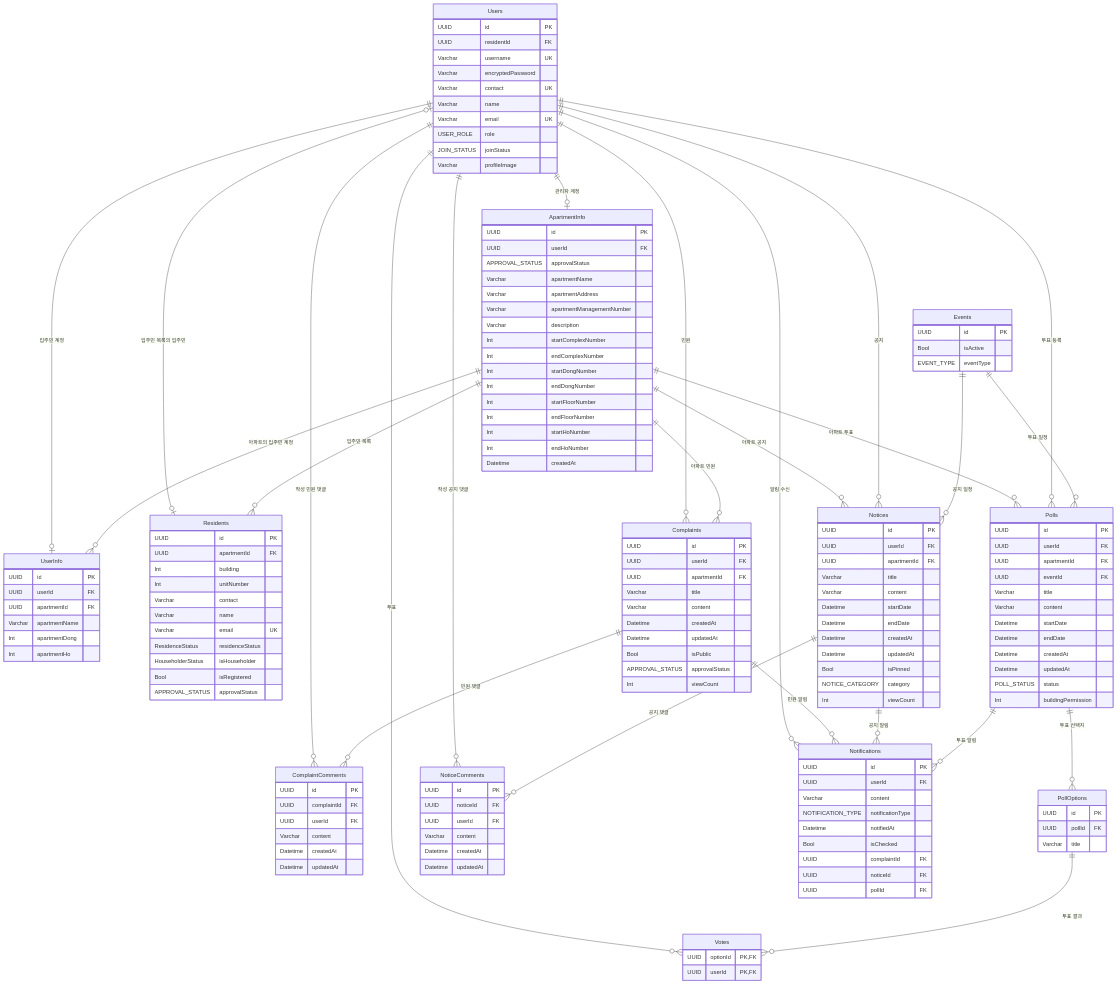
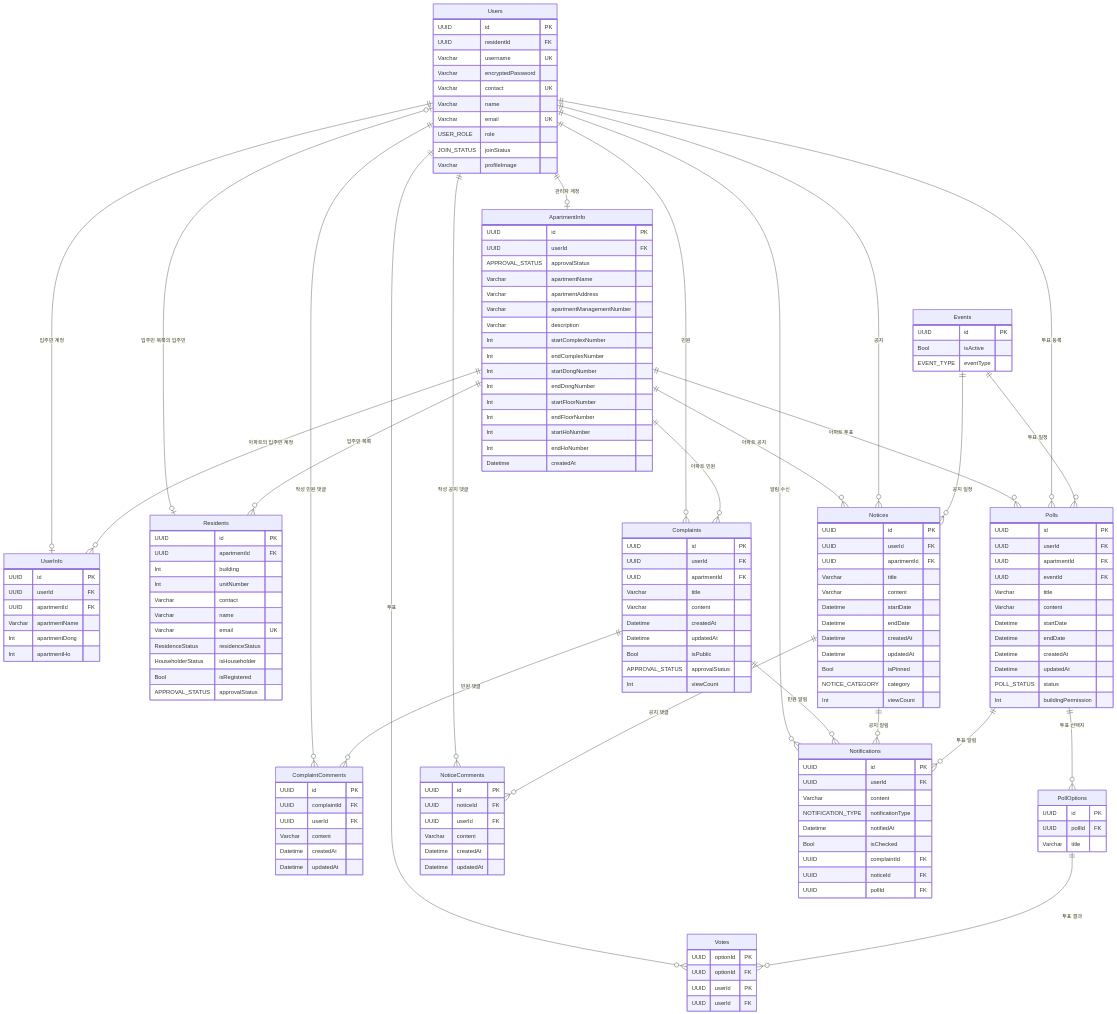
One commit to nb01-welive-team2/nb01-welive-team2 changed the diagram in erd.v1.md. Above: the diagram before and after it, drawn with Mermaid. The commit also changed 2 other files, not shown here.

Commit message:
docs:리드미 작성

````diff
--- a/erd.v1.md
+++ b/erd.v1.md
@@ -1,167 +1,171 @@
 ```mermaid
 erDiagram
+%% 테이블 및 컬럼 정의 (PK, FK, UK 표기)
 Users {
-  UUID id PK
-  UUID residentId FK
-  Varchar username UK
-  Varchar encryptedPassword
-  Varchar contact UK
-  Varchar name
-  Varchar email UK
-  USER_ROLE role
-  JOIN_STATUS joinStatus
-  Varchar profileImage
+UUID id PK
+UUID residentId FK
+Varchar username UK
+Varchar encryptedPassword
+Varchar contact UK
+Varchar name
+Varchar email UK
+USER_ROLE role
+JOIN_STATUS joinStatus
+Varchar profileImage
 }
 %% USER_ROLE : SUPER_ADMIN, ADMIN, USER
 %% JOIN_STATUS : APPROVED, REJECTED, PENDING
-%% nullable : profileImage
+%% profileImage nullable
 
 ApartmentInfo {
-  UUID id PK
-  UUID userId FK
-  APPROVAL_STATUS approvalStatus
-  Varchar apartmentName
-  Varchar apartmentAddress
-  Varchar apartmentManagementNumber
-  Varchar description
-  Int startComplexNumber
-  Int endComplexNumber
-  Int startDongNumber
-  Int endDongNumber
-  Int startFloorNumber
-  Int endFloorNumber
-  Int startHoNumber
-  Int endHoNumber
-  Datetime createdAt
+UUID id PK
+UUID userId FK
+APPROVAL_STATUS approvalStatus
+Varchar apartmentName
+Varchar apartmentAddress
+Varchar apartmentManagementNumber
+Varchar description
+Int startComplexNumber
+Int endComplexNumber
+Int startDongNumber
+Int endDongNumber
+Int startFloorNumber
+Int endFloorNumber
+Int startHoNumber
+Int endHoNumber
+Datetime createdAt
 }
 %% APPROVAL_STATUS : UNRECEIVED, PENDING, APPROVED
 
 UserInfo {
-  UUID id PK
-  UUID userId FK
-  UUID apartmentId FK
-  Varchar apartmentName
-  Int apartmentDong
-  Int apartmentHo
+UUID id PK
+UUID userId FK
+UUID apartmentId FK
+Varchar apartmentName
+Int apartmentDong
+Int apartmentHo
 }
 
 Residents {
-  UUID id PK
-  UUID apartmentId FK
-  Int building
-  Int unitNumber
-  Varchar contact
-  Varchar name
-  Varchar email UK
-  ResidenceStatus residenceStatus
-  HouseholderStatus isHouseholder
-  Bool  isRegistered
-  APPROVAL_STATUS approvalStatus
+UUID id PK
+UUID apartmentId FK
+Int building
+Int unitNumber
+Varchar contact
+Varchar name
+Varchar email UK
+ResidenceStatus residenceStatus
+HouseholderStatus isHouseholder
+Bool isRegistered
+APPROVAL_STATUS approvalStatus
 }
 %% ResidenceStatus : RESIDENCE, NO_RESIDENCE
 %% HouseholderStatus : HOUSEHOLDER, MEMBER
 
 Complaints {
-  UUID id PK
-  UUID userId FK
-  UUID apartmentId FK
-  Varchar title
-  Varchar content
-  Datetime createdAt
-  Datetime updatedAt
-  Bool isPublic
-  APPROVAL_STATUS approvalStatus
-  Int viewCount
+UUID id PK
+UUID userId FK
+UUID apartmentId FK
+Varchar title
+Varchar content
+Datetime createdAt
+Datetime updatedAt
+Bool isPublic
+APPROVAL_STATUS approvalStatus
+Int viewCount
 }
 %% viewCount @default(0)
 
 ComplaintComments {
-  UUID id PK
-  UUID complaintId FK
-  UUID userId FK
-  Varchar content
-  Datetime createdAt
-  Datetime updatedAt
+UUID id PK
+UUID complaintId FK
+UUID userId FK
+Varchar content
+Datetime createdAt
+Datetime updatedAt
 }
 
 Events {
-  UUID id PK
-  Bool isActive
-  EVENT_TYPE eventType
+UUID id PK
+Bool isActive
+EVENT_TYPE eventType
 }
 %% isActive @default(false)
 %% EVENT_TYPE : NOTICE, POLL
 
 Polls {
-  UUID id PK
-  UUID userId FK
-  UUID apartmentId FK
-  UUID eventId FK
-  Varchar title
-  Varchar content
-  Datetime startDate
-  Datetime endDate
-  Datetime createdAt
-  Datetime updatedAt
-  POLL_STATUS status
-  Int buildingPermission
+UUID id PK
+UUID userId FK
+UUID apartmentId FK
+UUID eventId FK
+Varchar title
+Varchar content
+Datetime startDate
+Datetime endDate
+Datetime createdAt
+Datetime updatedAt
+POLL_STATUS status
+Int buildingPermission
 }
 %% POLL_STATUS : PENDING, IN_PROGRESS, CLOSED
 %% buildingPermission 0이면 전체, 그 이외에는 특정 '동' 하나 선택
 
 PollOptions {
-  UUID id PK
-  UUID pollId FK
-  Varchar title
+UUID id PK
+UUID pollId FK
+Varchar title
 }
 
 Votes {
-  UUID optionId PK, FK
-  UUID userId PK, FK
+  UUID optionId PK
+  UUID optionId FK
+  UUID userId PK
+  UUID userId FK
 }
 
 Notices {
-  UUID id PK
-  UUID userId FK
-  UUID apartmentId FK
-  Varchar title
-  Varchar content
-  Datetime startDate
-  Datetime endDate
-  Datetime createdAt
-  Datetime updatedAt
-  Bool isPinned
-  NOTICE_CATEGORY category
-  Int viewCount
+UUID id PK
+UUID userId FK
+UUID apartmentId FK
+Varchar title
+Varchar content
+Datetime startDate
+Datetime endDate
+Datetime createdAt
+Datetime updatedAt
+Bool isPinned
+NOTICE_CATEGORY category
+Int viewCount
 }
 %% NOTICE_CATEGORY : MAINTENANCE, EMERGENCY, COMMUNITY, RESIDENT_VOTE, ETC
 %% viewCount @default(0)
 
 NoticeComments {
-  UUID id PK
-  UUID noticeId FK
-  UUID userId FK
-  Varchar content
-  Datetime createdAt
-  Datetime updatedAt
+UUID id PK
+UUID noticeId FK
+UUID userId FK
+Varchar content
+Datetime createdAt
+Datetime updatedAt
 }
 
 Notifications {
-  UUID id PK
-  UUID userId FK
-  Varchar content
-  NOTIFICATION_TYPE notificationType
-  Datetime notifiedAt
-  Bool isChecked
-  UUID complaintId FK
-  UUID noticeId FK
-  UUID pollId FK
+UUID id PK
+UUID userId FK
+Varchar content
+NOTIFICATION_TYPE notificationType
+Datetime notifiedAt
+Bool isChecked
+UUID complaintId FK
+UUID noticeId FK
+UUID pollId FK
 }
 %% NOTIFICATION_TYPE : COMPLAINT_RESOLVED, 민원 등록, 공지 등록, 회원가입신청
 %% isChecked @default(false)
 %% notifiedAt @default(now())
 %% nullable : complaintId, noticeId, pollId
 
+%% 관계(Relationships)
 Users ||--o| ApartmentInfo : "관리자 계정"
 Users ||--o| UserInfo : "입주민 계정"
 Users |o--o| Residents : "입주민 목록의 입주민"
````
